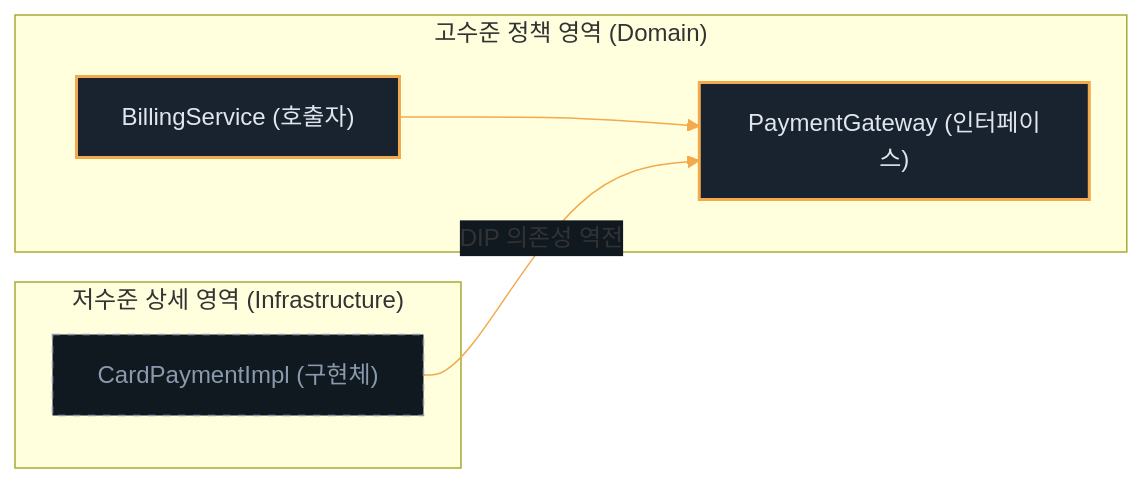
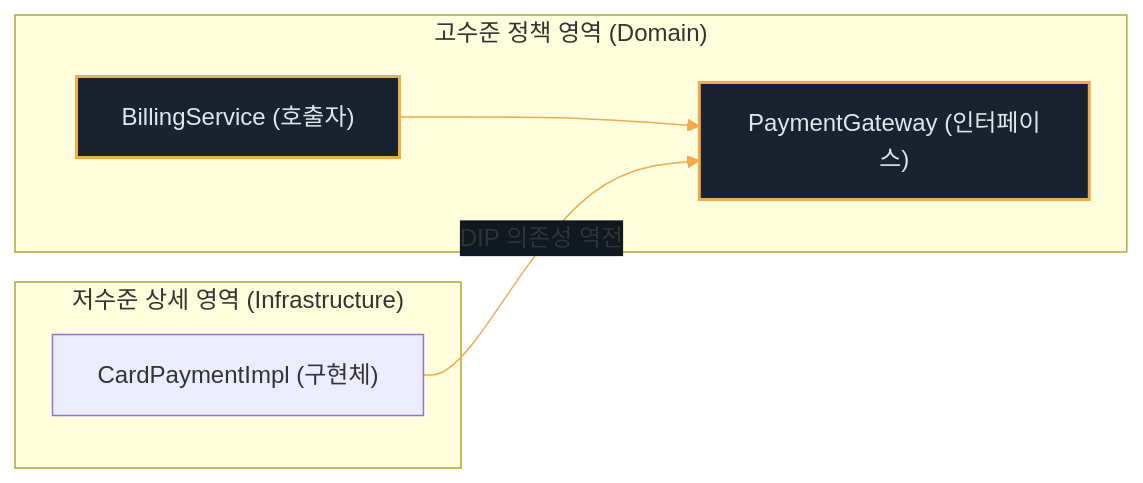
Before and after one commit to qus0in/slide-maker: the diagram in outputs/221-4.md, drawn with Mermaid. The commit also changed other lines of this file and 1 other file, not shown here.

````diff
--- a/outputs/221-4.md
+++ b/outputs/221-4.md
@@ -199,25 +204,25 @@
 ```mermaid
 ---
 config:
   themeVariables:
     lineColor: "#F2AA4C"
     arrowheadColor: "#F2AA4C"
     edgeLabelBackground: "#101820"
 ---
 flowchart LR
   subgraph HighLevel ["고수준 정책 영역 (Domain)"]
     Service["BillingService (호출자)"]
     Intf["PaymentGateway (인터페이스)"]
   end
   subgraph LowLevel ["저수준 상세 영역 (Infrastructure)"]
     CardPay["CardPaymentImpl (구현체)"]
   end
 
   Service --> Intf
   CardPay -->|DIP 의존성 역전| Intf
   
   classDef core fill:#18232F,stroke:#F2AA4C,color:#E0E6ED,stroke-width:2px;
   classDef detail fill:#101820,stroke:#8A9Aad,color:#8A9Aad,stroke-dasharray: 5 5;
   class Service,Intf core;
-  class CardPay detail;
+  class DB detail;
 ```
````
